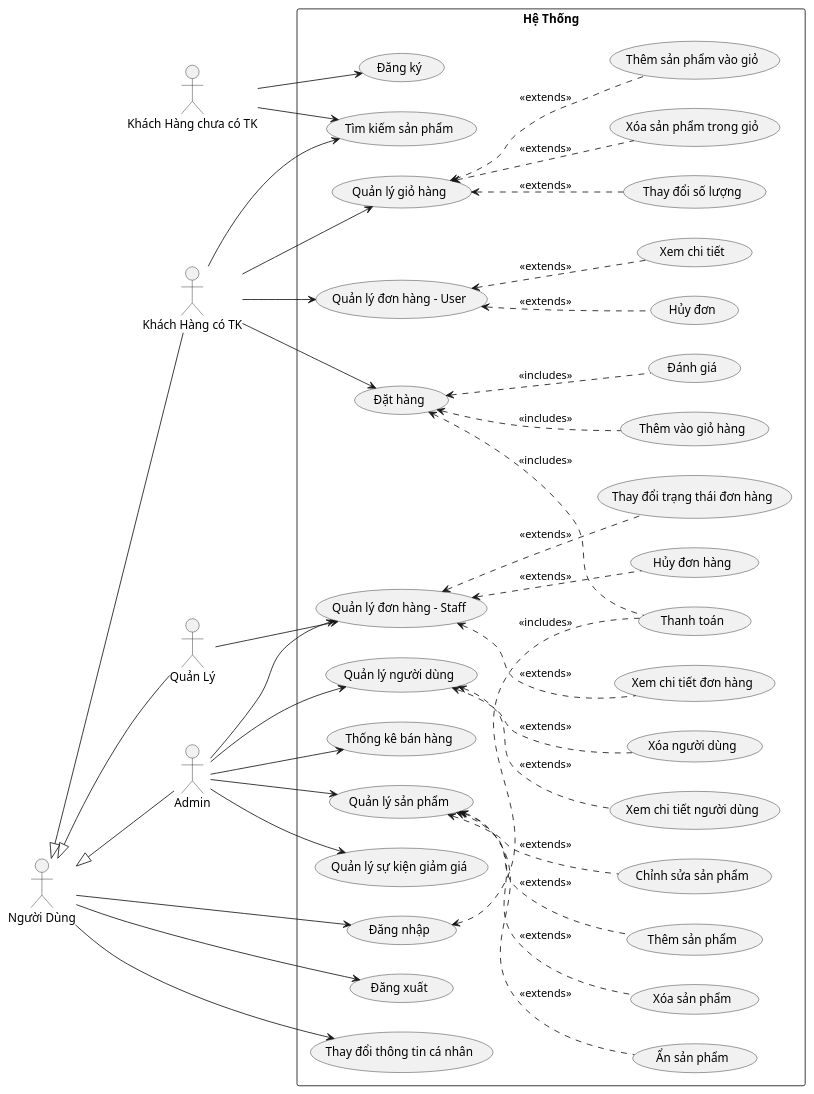
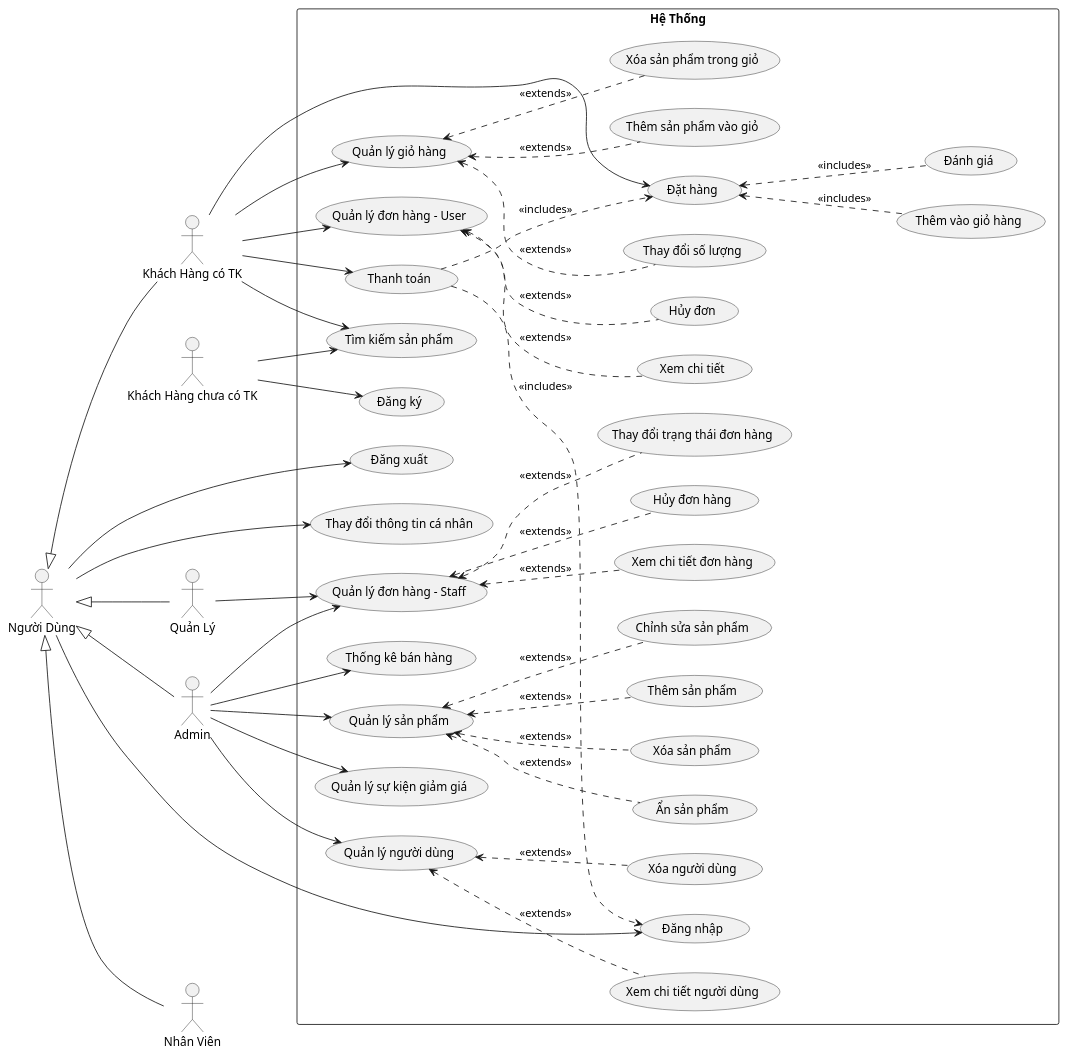
Before and after one commit to B5u2423/Bookstore-Website: the diagram in docs/diagrams/Usecase/system.wsd, drawn with PlantUML.

Commit message:
update UC diagram tổng quan

```diff
--- a/docs/diagrams/Usecase/system.wsd
+++ b/docs/diagrams/Usecase/system.wsd
@@ -1,58 +1,62 @@
 @startuml system_uc
 left to right direction
 skinparam packageStyle rectangle
 
 actor "Khách Hàng có TK" as KH
 actor "Khách Hàng chưa có TK" as KHK
 actor "Người Dùng" as ND
 actor "Quản Lý" as QL
+actor "Nhân Viên" as NV
 actor Admin as AD
 
 ND <|-- AD
 ND <|-- QL
 ND <|-- KH
+ND <|-- NV
 
 rectangle "Hệ Thống" {
   ND --> (Đăng nhập)
   ND --> (Đăng xuất)
   ND --> (Thay đổi thông tin cá nhân)
-  (Đăng nhập) <.. (Thanh toán) : <<includes>>
+  (Thanh toán) ..> (Đăng nhập) : <<includes>>
 
   KHK --> (Đăng ký)
   KHK --> (Tìm kiếm sản phẩm)
   
   KH --> (Tìm kiếm sản phẩm)
   KH --> (Đặt hàng)
   KH --> (Quản lý giỏ hàng)
   KH --> (Quản lý đơn hàng - User)
+  KH --> (Thanh toán)
 
   (Quản lý đơn hàng - User) <.. (Hủy đơn)  : <<extends>>
   (Quản lý đơn hàng - User) <.. (Xem chi tiết) : <<extends>>
-  (Đặt hàng) <.. (Thanh toán) : <<includes>>
+  (Thanh toán) ..> (Đặt hàng) : <<includes>>
   (Đặt hàng) <.. (Thêm vào giỏ hàng) : <<includes>>
   (Đặt hàng) <.. (Đánh giá) : <<includes>>
   (Quản lý giỏ hàng) <.. (Thêm sản phẩm vào giỏ) : <<extends>>
   (Quản lý giỏ hàng) <.. (Xóa sản phẩm trong giỏ) : <<extends>>
   (Quản lý giỏ hàng) <.. (Thay đổi số lượng) : <<extends>>
 
   AD --> (Quản lý đơn hàng - Staff)
   AD --> (Quản lý người dùng)
   AD --> (Thống kê bán hàng)
   AD --> (Quản lý sản phẩm)
   AD --> (Quản lý sự kiện giảm giá)
 
   (Quản lý người dùng) <.. (Xem chi tiết người dùng) : <<extends>>
   (Quản lý người dùng) <.. (Xóa người dùng) : <<extends>>
   (Quản lý sản phẩm) <.. (Thêm sản phẩm) : <<extends>>
   (Quản lý sản phẩm) <.. (Chỉnh sửa sản phẩm) : <<extends>>
   (Quản lý sản phẩm) <.. (Ẩn sản phẩm) : <<extends>>
   (Quản lý sản phẩm) <.. (Xóa sản phẩm) : <<extends>>
 
   QL --> (Quản lý đơn hàng - Staff)
   (Quản lý đơn hàng - Staff) <.. (Xem chi tiết đơn hàng) : <<extends>>
   (Quản lý đơn hàng - Staff) <.. (Hủy đơn hàng) : <<extends>>
   (Quản lý đơn hàng - Staff) <.. (Thay đổi trạng thái đơn hàng) : <<extends>>
   
+  
 }
 
 @enduml
```
